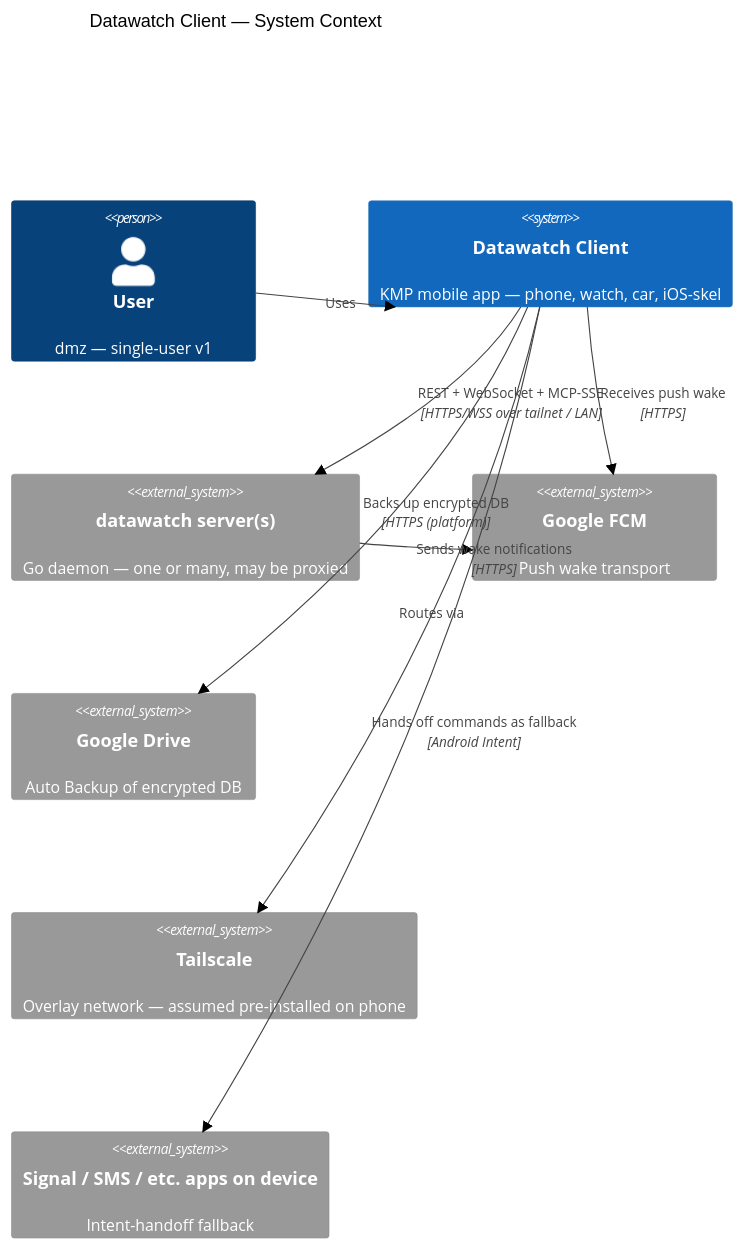
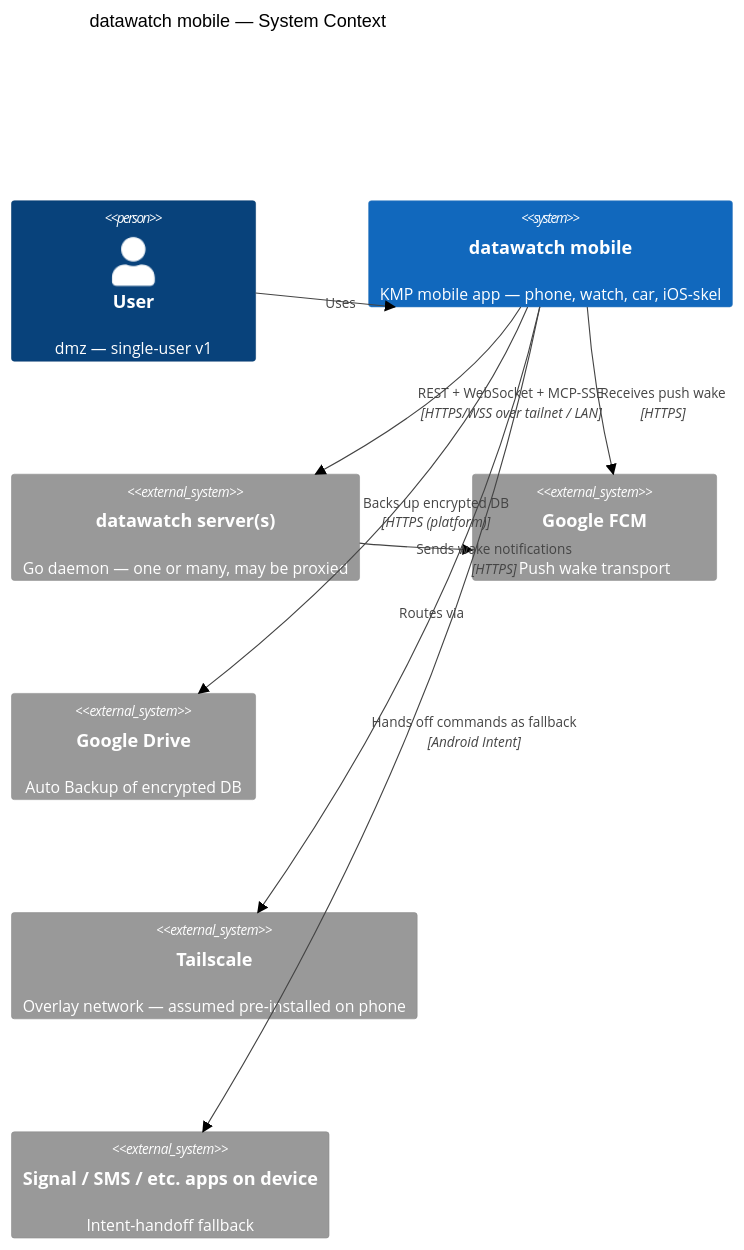
Before and after one commit to dmz006/datawatch-app: the first of 3 diagrams in docs/architecture.md, drawn with Mermaid (neutral theme). The commit also changed other lines of this file and 22 other files, not shown here.

First line of the commit message:
chore: user-facing app name is lowercase "datawatch" (ADR-0041)

````diff
--- a/docs/architecture.md
+++ b/docs/architecture.md
@@ -9,20 +9,20 @@
 ```mermaid
 C4Context
-    title Datawatch Client — System Context
+    title datawatch mobile — System Context
     Person(user, "User", "dmz — single-user v1")
 
-    System(mobile, "Datawatch Client", "KMP mobile app — phone, watch, car, iOS-skel")
+    System(mobile, "datawatch mobile", "KMP mobile app — phone, watch, car, iOS-skel")
     System_Ext(dwServer, "datawatch server(s)", "Go daemon — one or many, may be proxied")
     System_Ext(fcm, "Google FCM", "Push wake transport")
     System_Ext(gdrive, "Google Drive", "Auto Backup of encrypted DB")
     System_Ext(tailscale, "Tailscale", "Overlay network — assumed pre-installed on phone")
     System_Ext(signalApp, "Signal / SMS / etc. apps on device", "Intent-handoff fallback")
 
     Rel(user, mobile, "Uses")
     Rel(mobile, dwServer, "REST + WebSocket + MCP-SSE", "HTTPS/WSS over tailnet / LAN")
     Rel(mobile, fcm, "Receives push wake", "HTTPS")
     Rel(mobile, gdrive, "Backs up encrypted DB", "HTTPS (platform)")
     Rel(mobile, tailscale, "Routes via")
     Rel(mobile, signalApp, "Hands off commands as fallback", "Android Intent")
     Rel(dwServer, fcm, "Sends wake notifications", "HTTPS")
 ```
````
